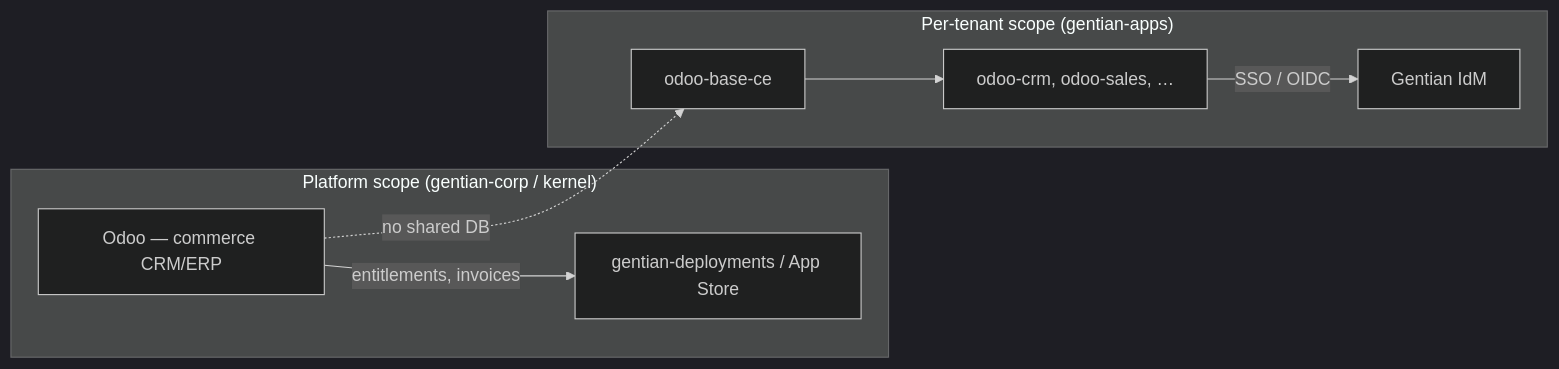
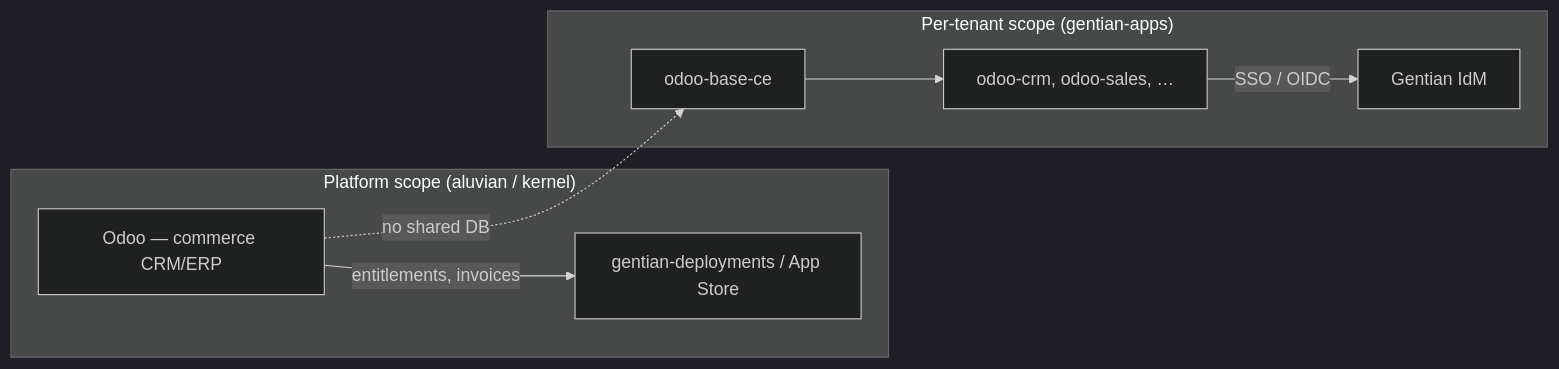
One commit to gentian-org/gentian-apps changed the first of 3 diagrams in profiles/odoo/base/base-ce/odoo-plan.md. Above: the diagram before and after it, drawn with Mermaid (dark theme). The commit also changed other lines of this file and 3 other files, not shown here.

````diff
--- a/profiles/odoo/base/base-ce/odoo-plan.md
+++ b/profiles/odoo/base/base-ce/odoo-plan.md
@@ -75,16 +75,16 @@
 ```mermaid
 flowchart LR
-    subgraph platform ["Platform scope (gentian-corp / kernel)"]
+    subgraph platform ["Platform scope (aluvian / kernel)"]
         PO["Odoo — commerce CRM/ERP"]
         PO -->|entitlements, invoices| GD["gentian-deployments / App Store"]
     end
 
     subgraph tenant ["Per-tenant scope (gentian-apps)"]
         BASE["odoo-base-ce"]
         MOD["odoo-crm, odoo-sales, …"]
         BASE --> MOD
         MOD -->|SSO / OIDC| IDM["Gentian IdM"]
     end
 
     PO -.->|no shared DB| BASE
 ```
````
